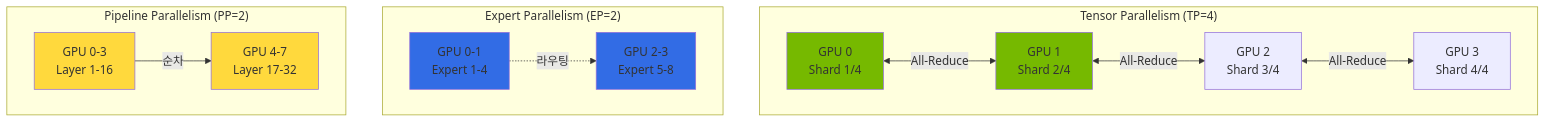
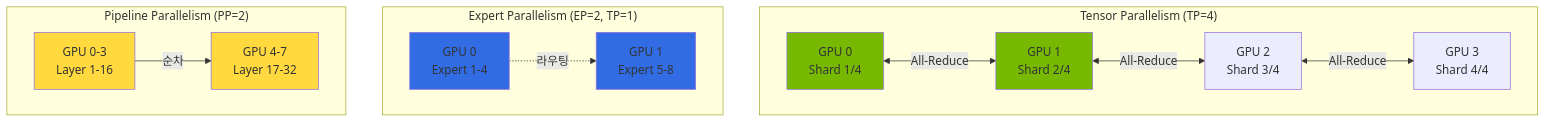
The third of 6 diagrams in docs/agentic-ai-platform/model-serving/inference-frameworks/moe-model-serving.md (devfloor9/engineering-playbook), drawn with Mermaid before and after one commit. The commit also changed other lines of this file and 13 other files, not shown here.

````diff
--- a/docs/agentic-ai-platform/model-serving/inference-frameworks/moe-model-serving.md
+++ b/docs/agentic-ai-platform/model-serving/inference-frameworks/moe-model-serving.md
@@ -159,31 +176,31 @@
 ```mermaid
 flowchart TB
     subgraph TP["Tensor Parallelism (TP=4)"]
         TP1[GPU 0<br/>Shard 1/4]
         TP2[GPU 1<br/>Shard 2/4]
         TP3[GPU 2<br/>Shard 3/4]
         TP4[GPU 3<br/>Shard 4/4]
         TP1 <-->|All-Reduce| TP2
         TP2 <-->|All-Reduce| TP3
         TP3 <-->|All-Reduce| TP4
     end
 
-    subgraph EP["Expert Parallelism (EP=2)"]
-        EP1[GPU 0-1<br/>Expert 1-4]
-        EP2[GPU 2-3<br/>Expert 5-8]
+    subgraph EP["Expert Parallelism (EP=2, TP=1)"]
+        EP1[GPU 0<br/>Expert 1-4]
+        EP2[GPU 1<br/>Expert 5-8]
         EP1 -.->|라우팅| EP2
     end
 
     subgraph PP["Pipeline Parallelism (PP=2)"]
         PP1[GPU 0-3<br/>Layer 1-16]
         PP2[GPU 4-7<br/>Layer 17-32]
         PP1 -->|순차| PP2
     end
 
     style TP1 fill:#76b900
     style TP2 fill:#76b900
     style EP1 fill:#326ce5
     style EP2 fill:#326ce5
     style PP1 fill:#ffd93d
     style PP2 fill:#ffd93d
 ```
````
